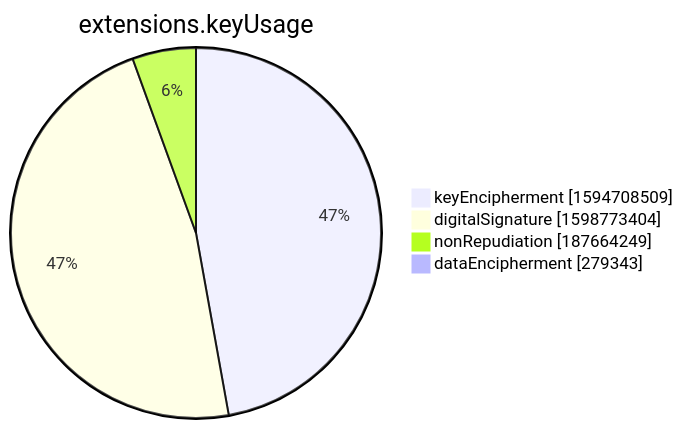
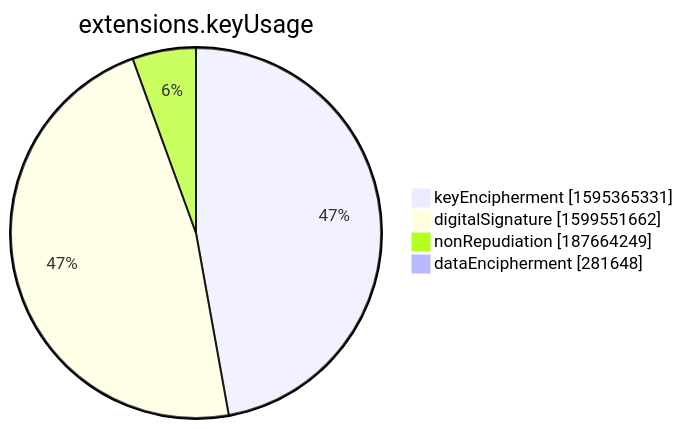
The seventh of 15 diagrams in xenon2022/README.md (christiankrug/ctmonitor_visualization), drawn with Mermaid before and after one commit. The commit also changed other lines of this file, not shown here.

````diff
--- a/xenon2022/README.md
+++ b/xenon2022/README.md
@@ -2854,8 +2854,8 @@
 ```mermaid
 pie showData
 title extensions.keyUsage
-"keyEncipherment" :1594708509
-"digitalSignature" :1598773404
+"keyEncipherment" :1595365331
+"digitalSignature" :1599551662
 "nonRepudiation" :187664249
-"dataEncipherment" :279343
+"dataEncipherment" :281648
 ```
````
